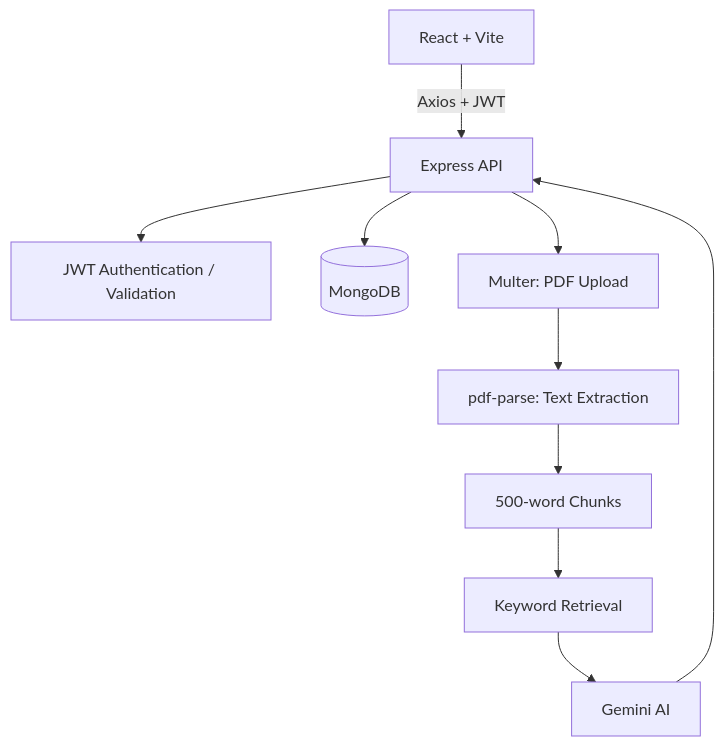
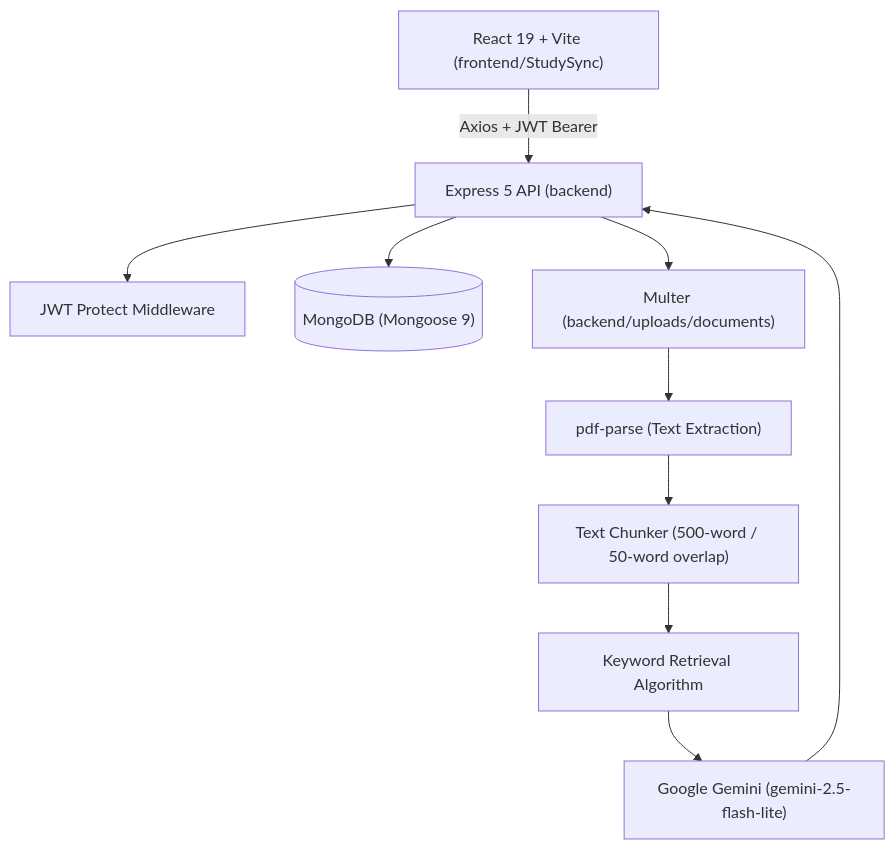
The diagram in README.md (pyeonghwa-out/StudySync), drawn with Mermaid before and after one commit. The commit also changed other lines of this file, not shown here.

````diff
--- a/README.md
+++ b/README.md
@@ -161,12 +167,12 @@
 ```mermaid
 flowchart TD
-    A[React + Vite] -->|Axios + JWT| B[Express API]
-    B --> C[JWT Authentication / Validation]
-    B --> D[(MongoDB)]
-    B --> E[Multer: PDF Upload]
-    E --> F[pdf-parse: Text Extraction]
-    F --> G[500-word Chunks]
-    G --> H[Keyword Retrieval]
-    H --> I[Gemini AI]
+    A["React 19 + Vite (frontend/StudySync)"] -->|Axios + JWT Bearer| B["Express 5 API (backend)"]
+    B --> C["JWT Protect Middleware"]
+    B --> D[("MongoDB (Mongoose 9)")]
+    B --> E["Multer (backend/uploads/documents)"]
+    E --> F["pdf-parse (Text Extraction)"]
+    F --> G["Text Chunker (500-word / 50-word overlap)"]
+    G --> H["Keyword Retrieval Algorithm"]
+    H --> I["Google Gemini (gemini-2.5-flash-lite)"]
     I --> B
 ```
````
